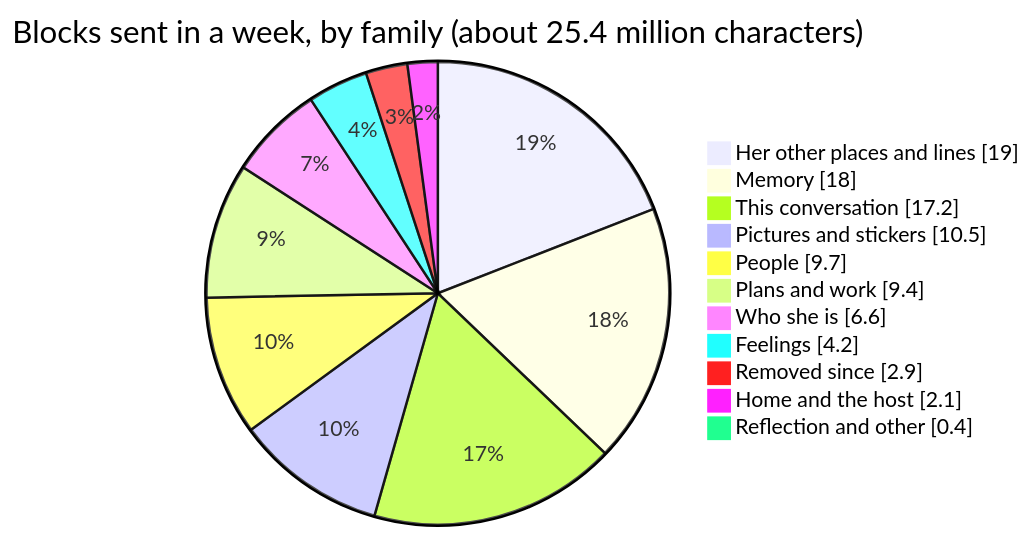
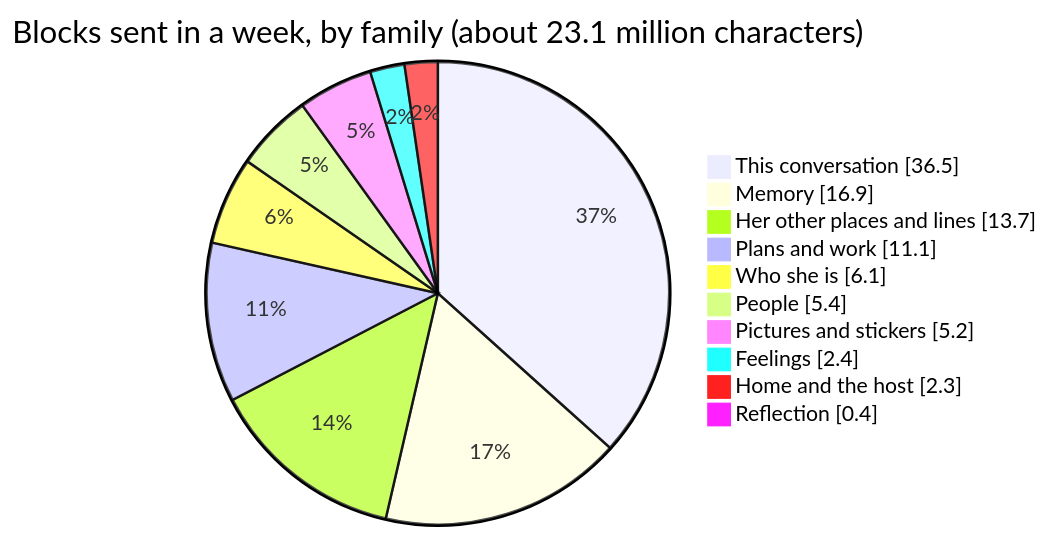
The second of 3 diagrams in docs/articles/what-she-reads-each-turn.md (eamars/AsunaCognitionCore), drawn with Mermaid before and after one commit. The commit also changed other lines of this file and 3 other files, not shown here.

First line of the commit message:
Articles: present state only, a changelog by ADR at the bottom; what-she-reads re-measured on the week to 10-21

````diff
--- a/docs/articles/what-she-reads-each-turn.md
+++ b/docs/articles/what-she-reads-each-turn.md
@@ -95,15 +95,14 @@
 ```mermaid
 pie showData
-  title Blocks sent in a week, by family (about 25.4 million characters)
-  "Her other places and lines" : 19.0
-  "Memory" : 18.0
-  "This conversation" : 17.2
-  "Pictures and stickers" : 10.5
-  "People" : 9.7
-  "Plans and work" : 9.4
-  "Who she is" : 6.6
-  "Feelings" : 4.2
-  "Removed since" : 2.9
-  "Home and the host" : 2.1
-  "Reflection and other" : 0.4
+  title Blocks sent in a week, by family (about 23.1 million characters)
+  "This conversation" : 36.5
+  "Memory" : 16.9
+  "Her other places and lines" : 13.7
+  "Plans and work" : 11.1
+  "Who she is" : 6.1
+  "People" : 5.4
+  "Pictures and stickers" : 5.2
+  "Feelings" : 2.4
+  "Home and the host" : 2.3
+  "Reflection" : 0.4
 ```
````
